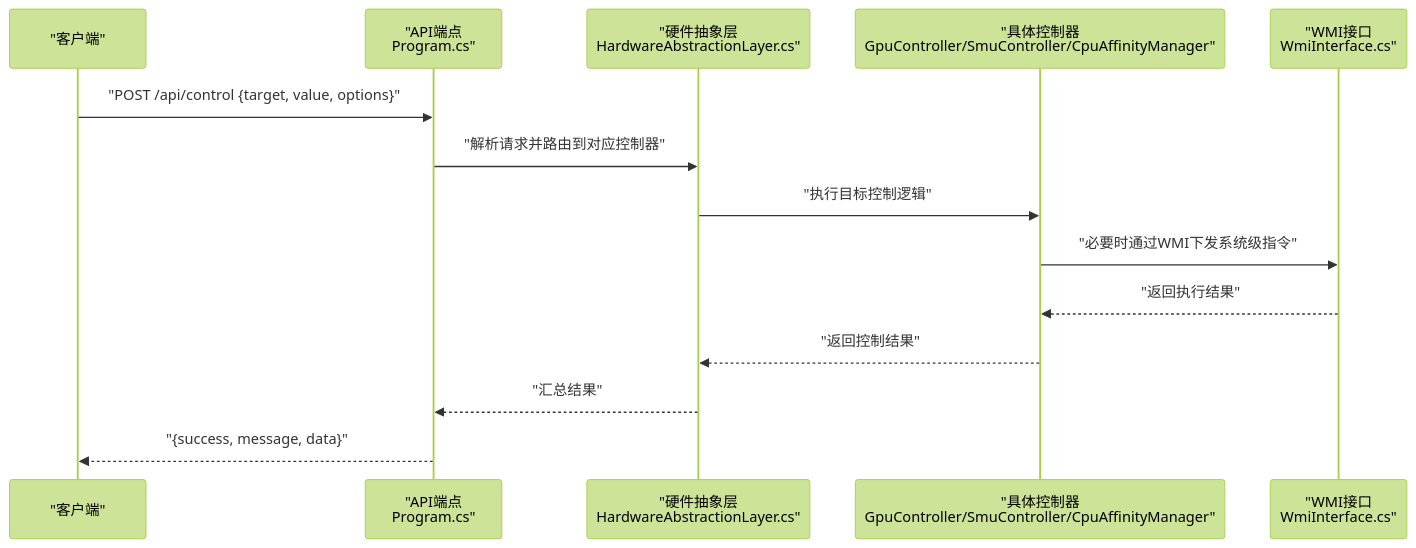
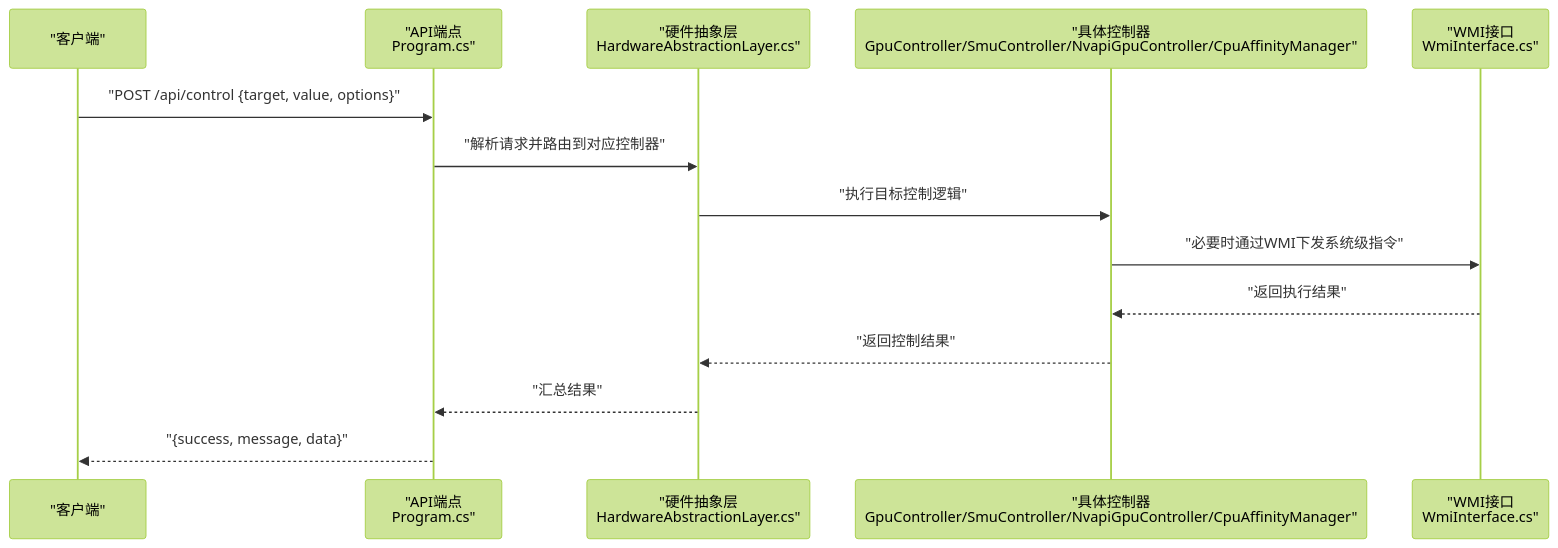
The second of 6 diagrams in .qoder/repowiki/zh/content/API参考文档/RESTful API/硬件控制API/硬件控制API.md (KanzakiK/DOUZHANZHE-Control), drawn with Mermaid (forest theme) before and after one commit. The commit also changed other lines of this file and 37 other files, not shown here.

````diff
--- a/.qoder/repowiki/zh/content/API参考文档/RESTful API/硬件控制API/硬件控制API.md
+++ b/.qoder/repowiki/zh/content/API参考文档/RESTful API/硬件控制API/硬件控制API.md
@@ -116,16 +125,16 @@
 ```mermaid
 sequenceDiagram
 participant Client as "客户端"
 participant API as "API端点<br/>Program.cs"
 participant HAL as "硬件抽象层<br/>HardwareAbstractionLayer.cs"
-participant CTRL as "具体控制器<br/>GpuController/SmuController/CpuAffinityManager"
+participant CTRL as "具体控制器<br/>GpuController/SmuController/NvapiGpuController/CpuAffinityManager"
 participant WMI as "WMI接口<br/>WmiInterface.cs"
 Client->>API : "POST /api/control {target, value, options}"
 API->>HAL : "解析请求并路由到对应控制器"
 HAL->>CTRL : "执行目标控制逻辑"
 CTRL->>WMI : "必要时通过WMI下发系统级指令"
 WMI-->>CTRL : "返回执行结果"
 CTRL-->>HAL : "返回控制结果"
 HAL-->>API : "汇总结果"
 API-->>Client : "{success, message, data}"
 ```
````
